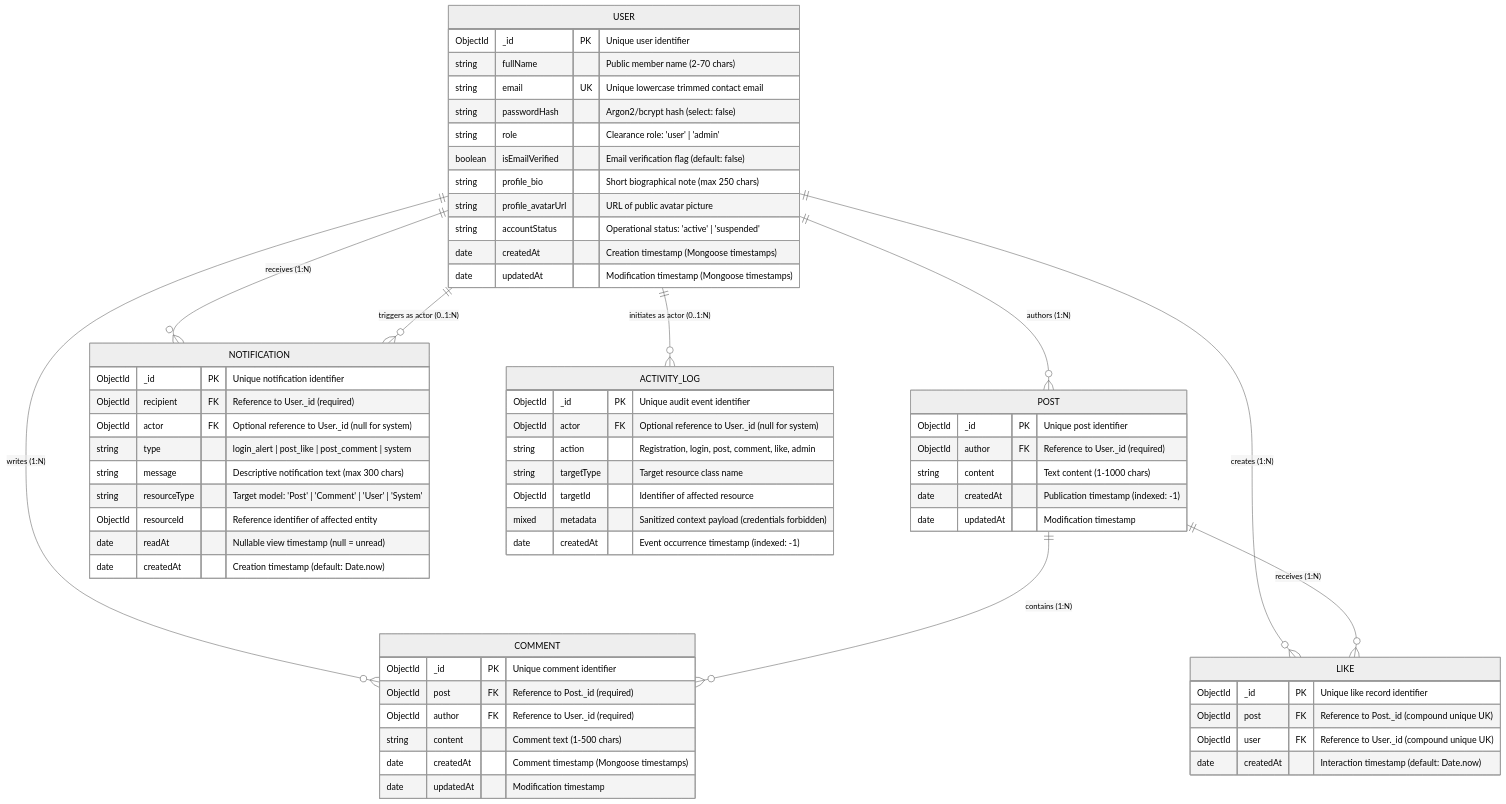
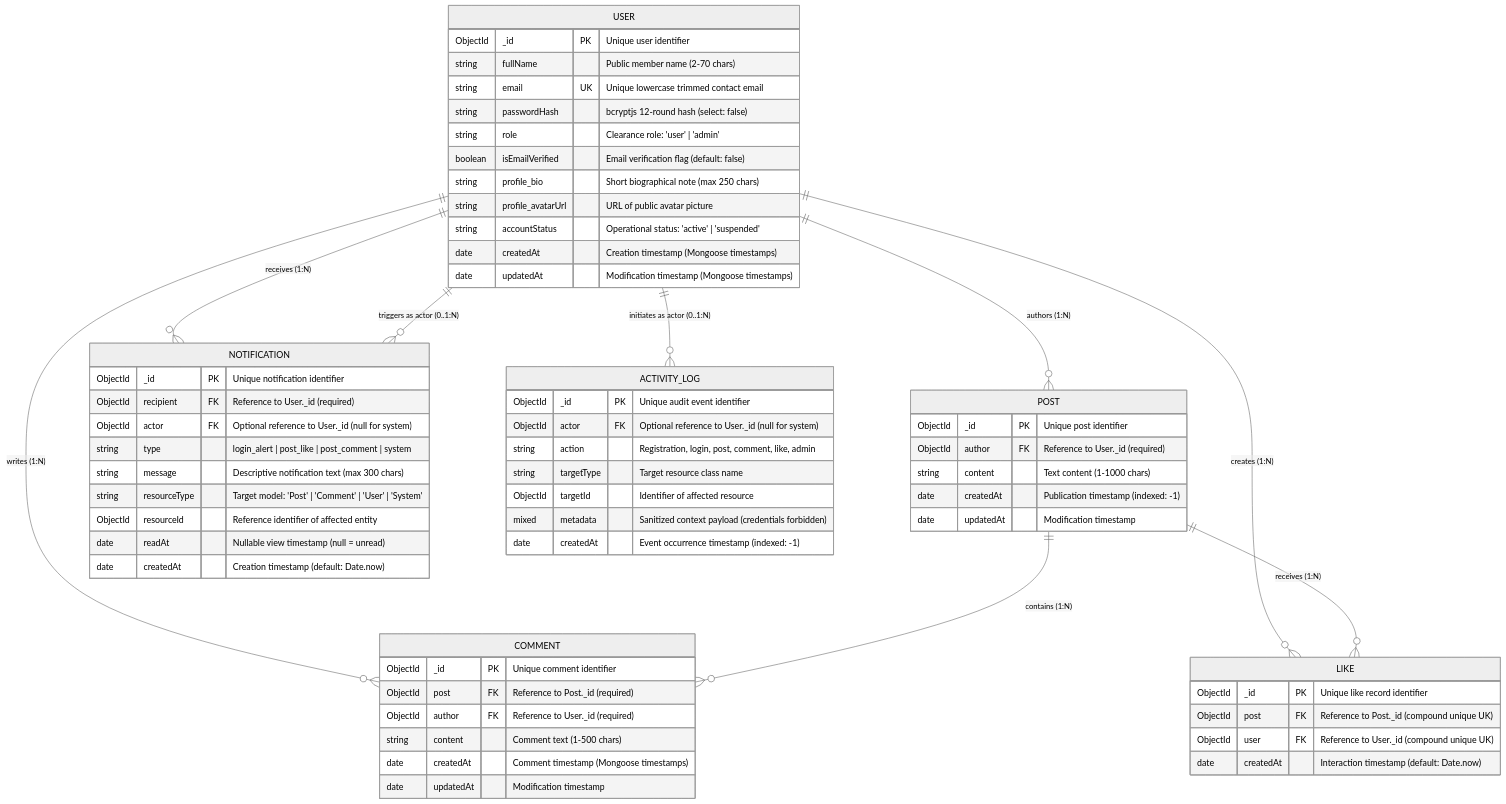
Before and after one commit to Someone-erroor/Social_media_web_application: the diagram in docs/ER_DIAGRAM.md, drawn with Mermaid (neutral theme). The commit also changed 58 other files, not shown here.

````diff
--- a/docs/ER_DIAGRAM.md
+++ b/docs/ER_DIAGRAM.md
@@ -11,72 +11,72 @@
 ```mermaid
 erDiagram
     USER ||--o{ POST : "authors (1:N)"
     USER ||--o{ COMMENT : "writes (1:N)"
     USER ||--o{ LIKE : "creates (1:N)"
     USER ||--o{ NOTIFICATION : "receives (1:N)"
     USER ||--o{ NOTIFICATION : "triggers as actor (0..1:N)"
     USER ||--o{ ACTIVITY_LOG : "initiates as actor (0..1:N)"
 
     POST ||--o{ COMMENT : "contains (1:N)"
     POST ||--o{ LIKE : "receives (1:N)"
 
     USER {
         ObjectId _id PK "Unique user identifier"
         string fullName "Public member name (2-70 chars)"
         string email UK "Unique lowercase trimmed contact email"
-        string passwordHash "Argon2/bcrypt hash (select: false)"
+        string passwordHash "bcryptjs 12-round hash (select: false)"
         string role "Clearance role: 'user' | 'admin'"
         boolean isEmailVerified "Email verification flag (default: false)"
         string profile_bio "Short biographical note (max 250 chars)"
         string profile_avatarUrl "URL of public avatar picture"
         string accountStatus "Operational status: 'active' | 'suspended'"
         date createdAt "Creation timestamp (Mongoose timestamps)"
         date updatedAt "Modification timestamp (Mongoose timestamps)"
     }
 
     POST {
         ObjectId _id PK "Unique post identifier"
         ObjectId author FK "Reference to User._id (required)"
         string content "Text content (1-1000 chars)"
         date createdAt "Publication timestamp (indexed: -1)"
         date updatedAt "Modification timestamp"
     }
 
     COMMENT {
         ObjectId _id PK "Unique comment identifier"
         ObjectId post FK "Reference to Post._id (required)"
         ObjectId author FK "Reference to User._id (required)"
         string content "Comment text (1-500 chars)"
         date createdAt "Comment timestamp (Mongoose timestamps)"
         date updatedAt "Modification timestamp"
     }
 
     LIKE {
         ObjectId _id PK "Unique like record identifier"
         ObjectId post FK "Reference to Post._id (compound unique UK)"
         ObjectId user FK "Reference to User._id (compound unique UK)"
         date createdAt "Interaction timestamp (default: Date.now)"
     }
 
     NOTIFICATION {
         ObjectId _id PK "Unique notification identifier"
         ObjectId recipient FK "Reference to User._id (required)"
         ObjectId actor FK "Optional reference to User._id (null for system)"
         string type "login_alert | post_like | post_comment | system"
         string message "Descriptive notification text (max 300 chars)"
         string resourceType "Target model: 'Post' | 'Comment' | 'User' | 'System'"
         ObjectId resourceId "Reference identifier of affected entity"
         date readAt "Nullable view timestamp (null = unread)"
         date createdAt "Creation timestamp (default: Date.now)"
     }
 
     ACTIVITY_LOG {
         ObjectId _id PK "Unique audit event identifier"
         ObjectId actor FK "Optional reference to User._id (null for system)"
         string action "Registration, login, post, comment, like, admin"
         string targetType "Target resource class name"
         ObjectId targetId "Identifier of affected resource"
         mixed metadata "Sanitized context payload (credentials forbidden)"
         date createdAt "Event occurrence timestamp (indexed: -1)"
     }
 ```
````
